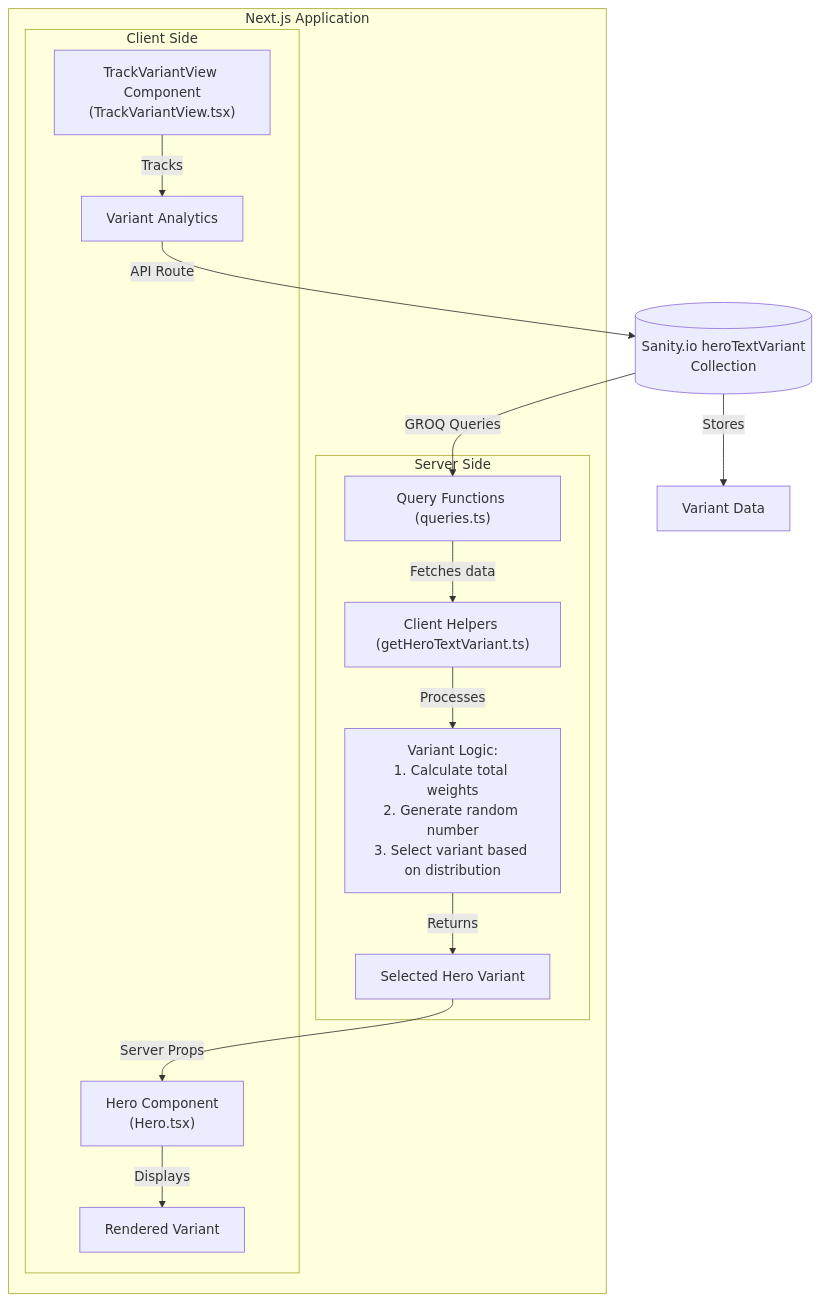
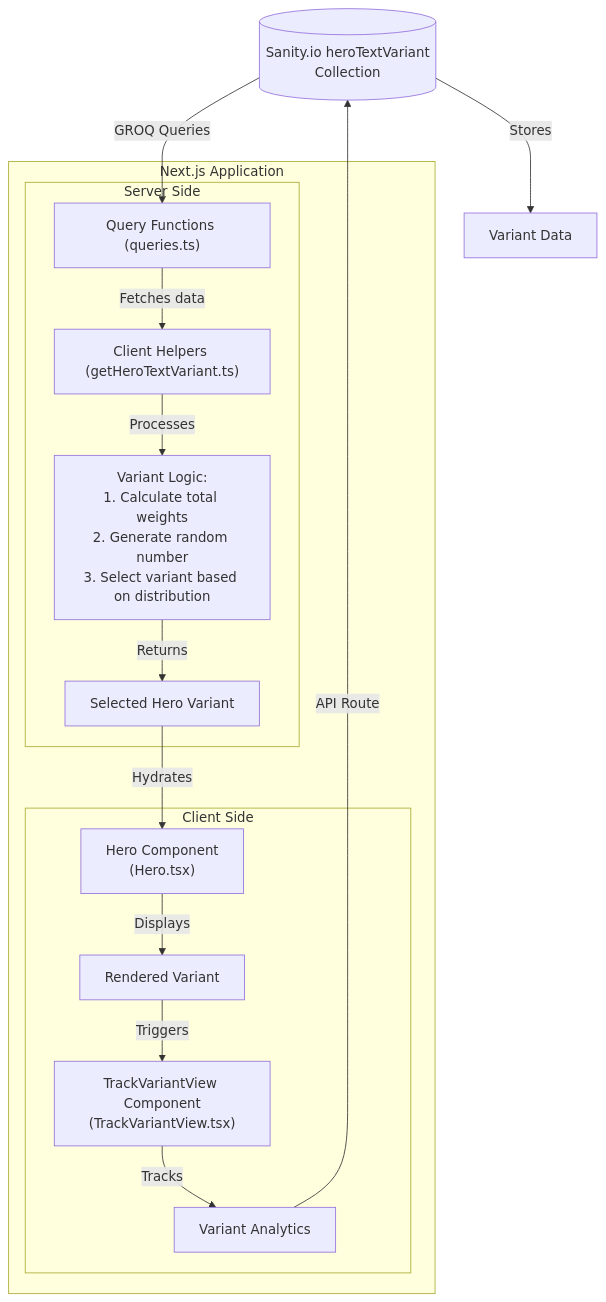
One commit to tdlm/ab-testing-demo changed the diagram in README.md. Above: the diagram before and after it, drawn with Mermaid.

Commit message:
(docs) Update architecture diagram

````diff
--- a/README.md
+++ b/README.md
@@ -9,21 +9,22 @@
 ```mermaid
 flowchart TB
     SC[("Sanity.io heroTextVariant<br>Collection")] --> |Stores| SV["Variant Data"]
 
     subgraph NextJS["Next.js Application"]
-        subgraph Frontend["Client Side"]
-            HC["Hero Component<br>(Hero.tsx)"] --> |Displays| RV["Rendered Variant"]
-            TV["TrackVariantView Component<br>(TrackVariantView.tsx)"] --> |Tracks| VA["Variant Analytics"]
-        end
-
         subgraph Server["Server Side"]
             QF["Query Functions (queries.ts)"] --> |Fetches data| CH["Client Helpers (getHeroTextVariant.ts)"]
             CH --> |Processes| VL["Variant Logic:<br>1. Calculate total weights<br>2. Generate random number<br>3. Select variant based on distribution"]
             VL --> |Returns| SHV["Selected Hero Variant"]
         end
+
+        subgraph Frontend["Client Side"]
+            SHV --> |Hydrates| HC["Hero Component<br>(Hero.tsx)"]
+            HC --> |Displays| RV["Rendered Variant"]
+            RV --> |Triggers| TV["TrackVariantView Component<br>(TrackVariantView.tsx)"]
+            TV --> |Tracks| VA["Variant Analytics"]
+        end
     end
 
     SC --> |GROQ Queries| QF
-    SHV --> |Server Props| HC
     VA --> |API Route| SC
 ```
````
